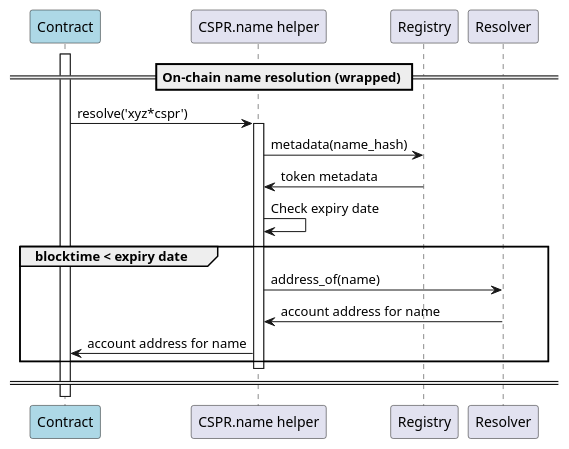
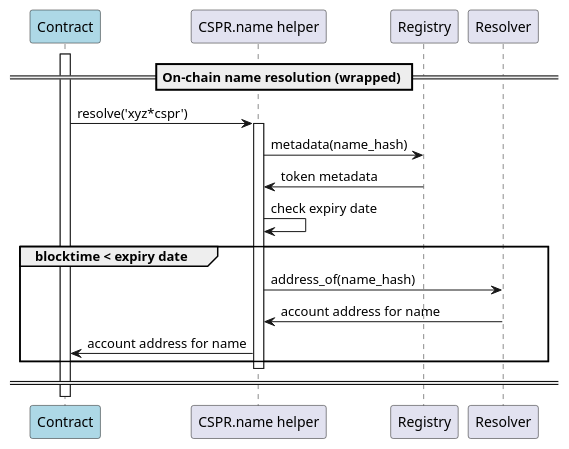
One commit to make-software/cspr-name-contracts changed the diagram in docs/sequence-diagrams/puml/onchain-name-resolution-wrapped.puml. Above: the diagram before and after it, drawn with PlantUML. The commit also changed 22 other files, not shown here.

Commit message:
few text fixes. new diagram for can_transfer() filter contract logic

```diff
--- a/docs/sequence-diagrams/puml/onchain-name-resolution-wrapped.puml
+++ b/docs/sequence-diagrams/puml/onchain-name-resolution-wrapped.puml
@@ -1,31 +1,31 @@
 @startuml
 'https://plantuml.com/sequence-diagram
 
 'autonumber
 participant "Contract" #lightblue
 participant "CSPR.name helper"
 participant "Registry"
 participant "Resolver"
 
 == On-chain name resolution (wrapped) ==
 
 activate "Contract"
 Contract -> "CSPR.name helper": resolve('xyz*cspr')
 activate "CSPR.name helper"
 "CSPR.name helper" -> "Registry": metadata(name_hash)
 "Registry" -> "CSPR.name helper": token metadata
-"CSPR.name helper" -> "CSPR.name helper": Check expiry date
+"CSPR.name helper" -> "CSPR.name helper": check expiry date
 
 group blocktime < expiry date
-    "CSPR.name helper" -> Resolver: address_of(name)
+    "CSPR.name helper" -> Resolver: address_of(name_hash)
     Resolver -> "CSPR.name helper": account address for name
     "CSPR.name helper" -> Contract: account address for name
 end
 
 deactivate "CSPR.name helper"
 
 == ==
 
 deactivate Contract
 
 @enduml
```
